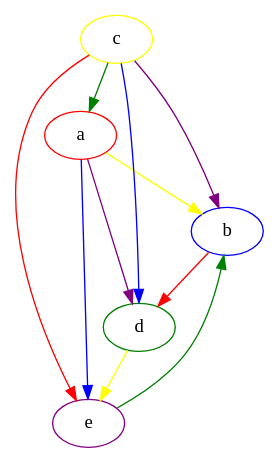
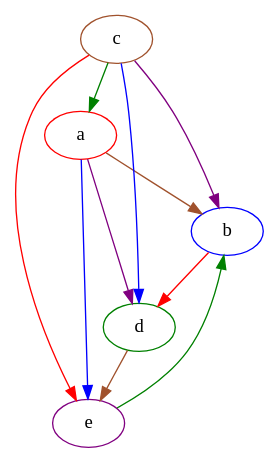
Before and after one commit to Bracktus/Noisy-Tournament-Ranking: the diagram in final/docs/figures/sources/fig3.dot, drawn with Graphviz. The commit also changed 3 other files, not shown here.

```diff
--- a/final/docs/figures/sources/fig3.dot
+++ b/final/docs/figures/sources/fig3.dot
@@ -1,23 +1,23 @@
 digraph {
     a[label="a", color="red"]
     b[label="b", color="blue"]
-    c[label="c", color="yellow"]
+    c[label="c", color="sienna"]
     d[label="d", color="green"]
     e[label="e", color="purple"]
 
     edge [len=3]
-    a -> b[color="yellow"]
+    a -> b[color="sienna"]
     a -> d[color="purple"]
     a -> e[color="blue"]
 
     c -> e[color="red"]
     c -> d[color="blue"]
     c -> a[color="green"]
     c -> b[color="purple"]
 
     b -> d[color="red"]
 
-    d -> e[color="yellow"]
+    d -> e[color="sienna"]
 
     e -> b[color="green"]
 }
```
